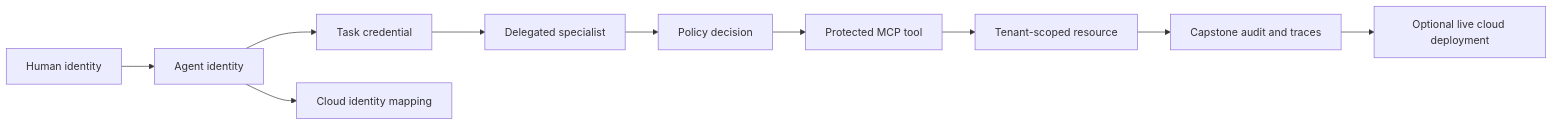
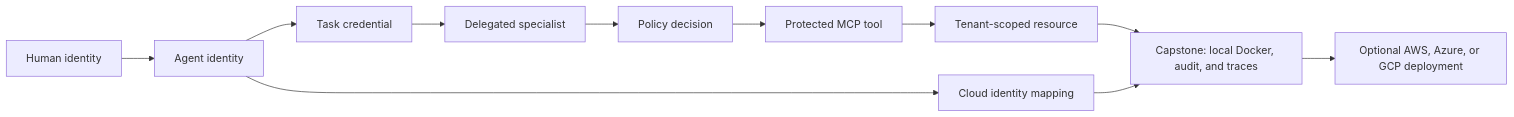
Before and after one commit to bipinhcs11/Agentic-AI-Learning-Roadmap: the diagram in Phase12_Enterprise_AI_Identity_Security/README.md, drawn with Mermaid. The commit also changed other lines of this file and 48 other files, not shown here.

Commit message:
feat(phase12): unify capstone and add multi-cloud terraform

````diff
--- a/Phase12_Enterprise_AI_Identity_Security/README.md
+++ b/Phase12_Enterprise_AI_Identity_Security/README.md
@@ -48,12 +47,13 @@
 ```mermaid
 flowchart LR
     U["Human identity"] --> A["Agent identity"]
     A --> T["Task credential"]
     T --> D["Delegated specialist"]
     D --> P["Policy decision"]
     P --> M["Protected MCP tool"]
     M --> R["Tenant-scoped resource"]
     A --> V["Cloud identity mapping"]
-    R --> C["Capstone audit and traces"]
-    C --> L["Optional live cloud deployment"]
+    R --> C["Capstone: local Docker, audit, and traces"]
+    V --> C
+    C --> L["Optional AWS, Azure, or GCP deployment"]
 ```
````
